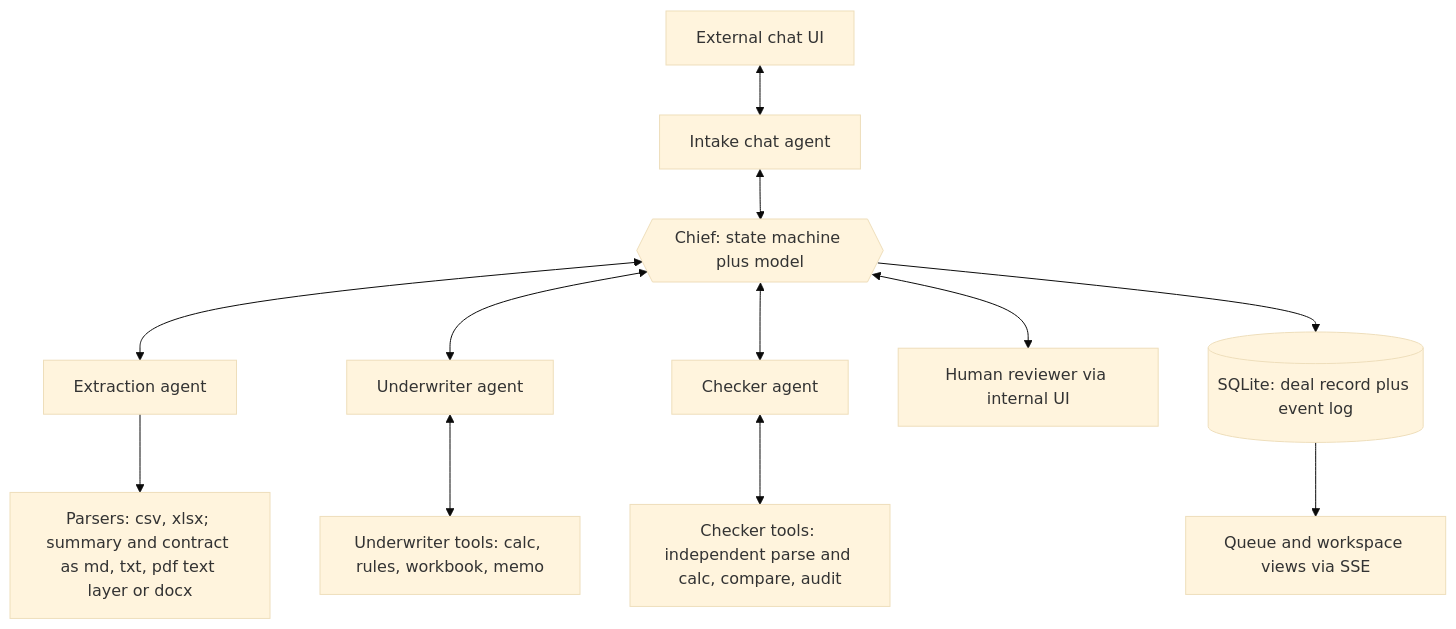
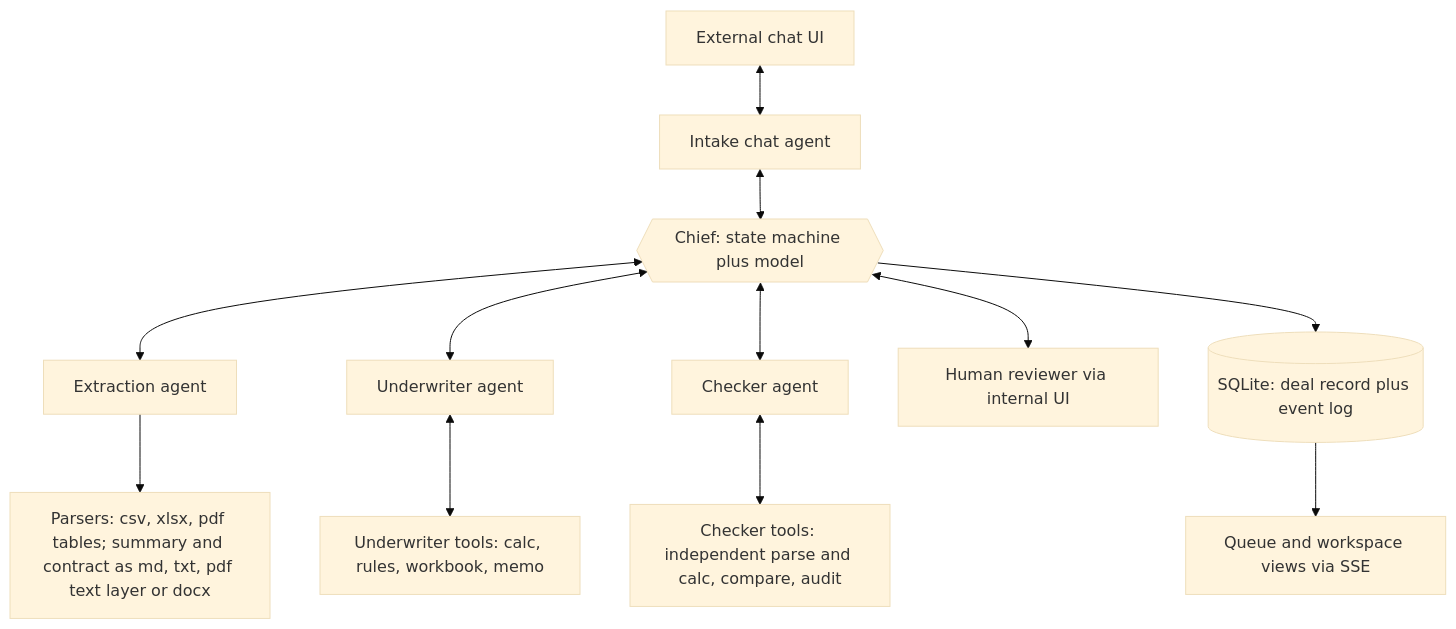
The diagram in docs/architecture.md (abhimasur99/ai-underwriting-platform), drawn with Mermaid (base theme) before and after one commit. The commit also changed other lines of this file and 19 other files, not shown here.

````diff
--- a/docs/architecture.md
+++ b/docs/architecture.md
@@ -6,15 +6,15 @@
 ```mermaid
 flowchart TD
     EXT[External chat UI] <--> INTAKE[Intake chat agent]
     INTAKE <--> CHIEF
     CHIEF{{Chief: state machine plus model}}
     CHIEF <--> EXTRACT[Extraction agent]
     CHIEF <--> UW[Underwriter agent]
     CHIEF <--> CHK[Checker agent]
     CHIEF <--> HUMAN[Human reviewer via internal UI]
     UW <--> UWT[Underwriter tools: calc, rules, workbook, memo]
     CHK <--> CKT[Checker tools: independent parse and calc, compare, audit]
-    EXTRACT --> PARSE[Parsers: csv, xlsx; summary and contract as md, txt, pdf text layer or docx]
+    EXTRACT --> PARSE[Parsers: csv, xlsx, pdf tables; summary and contract as md, txt, pdf text layer or docx]
     CHIEF --> STORE[(SQLite: deal record plus event log)]
     STORE --> VIEWS[Queue and workspace views via SSE]
 ```
````
